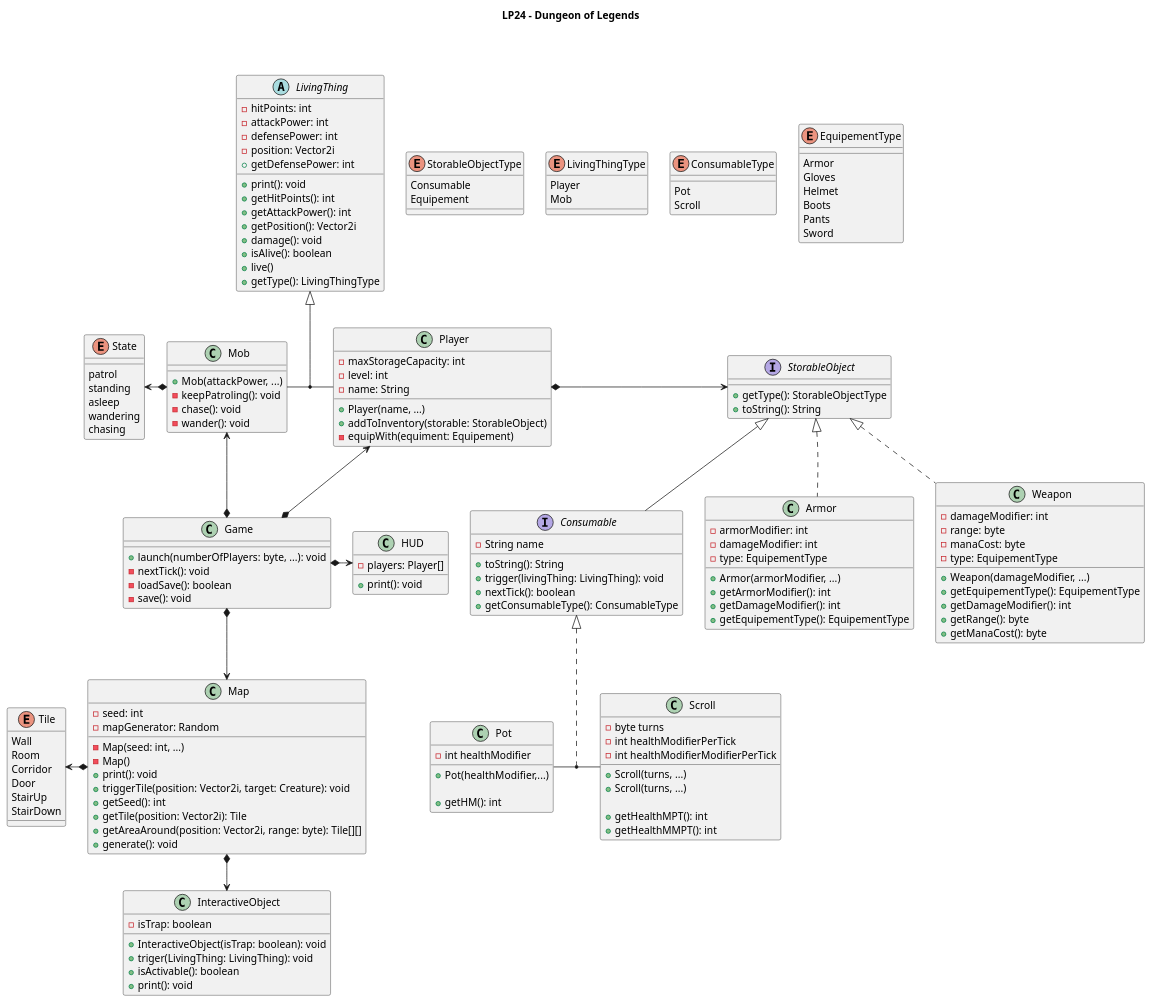
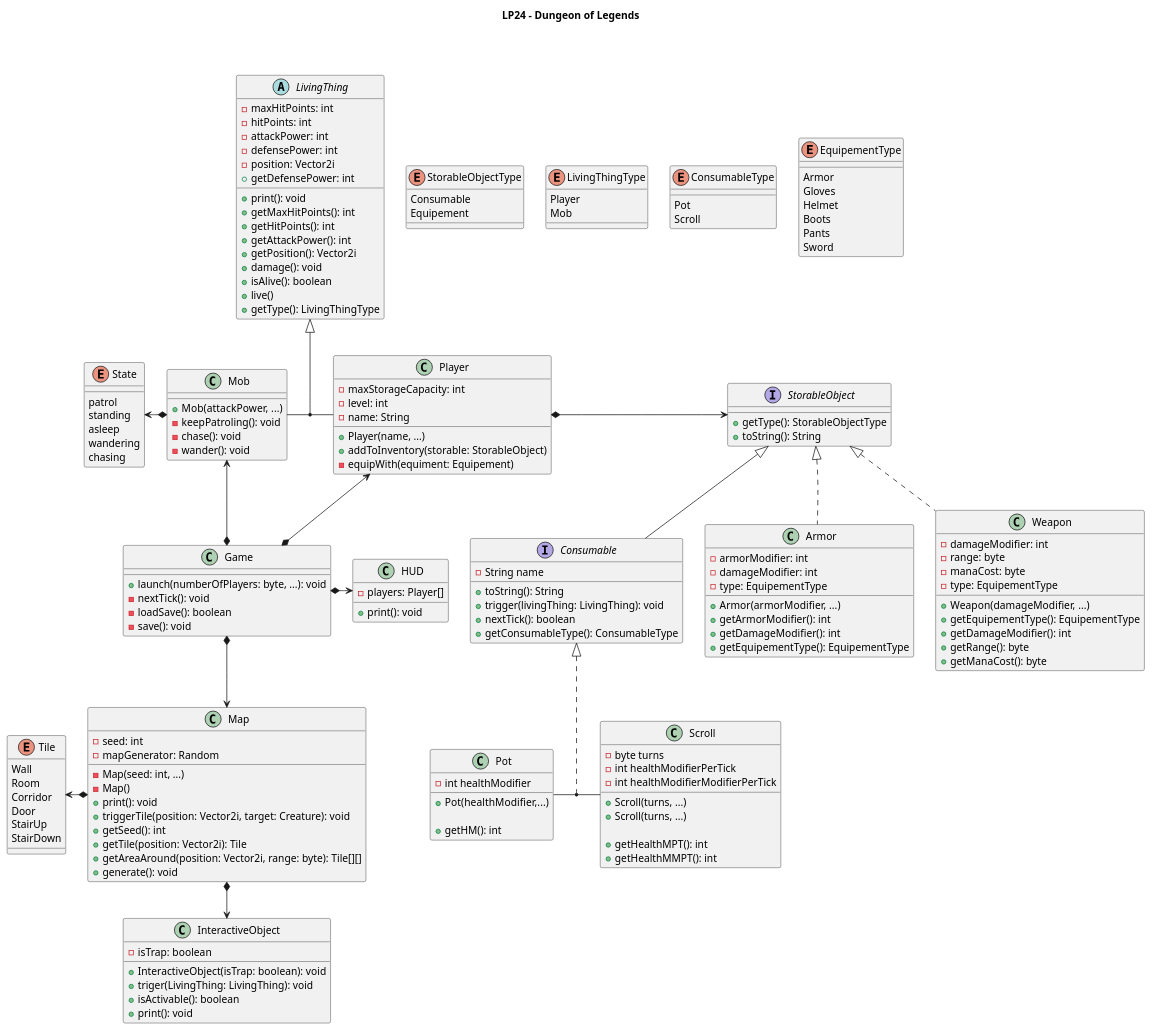
Before and after one commit to TiWinDeTea/Raoul-the-Game: the diagram in diagram.puml, drawn with PlantUML. The commit also changed other lines of this file, not shown here.

Commit message:
Adding maxHitPoints to LivingThing

```diff
--- a/diagram.puml
+++ b/diagram.puml
@@ -111,11 +112,13 @@
 Consumable <|.. (Pot, Scroll)
 
 abstract class LivingThing{
+    - maxHitPoints: int
     - hitPoints: int
     - attackPower: int
     - defensePower: int
     - position: Vector2i
     + print(): void
+    + getMaxHitPoints(): int
     + getHitPoints(): int
     + getAttackPower(): int
     + getDefensePower: int
```
